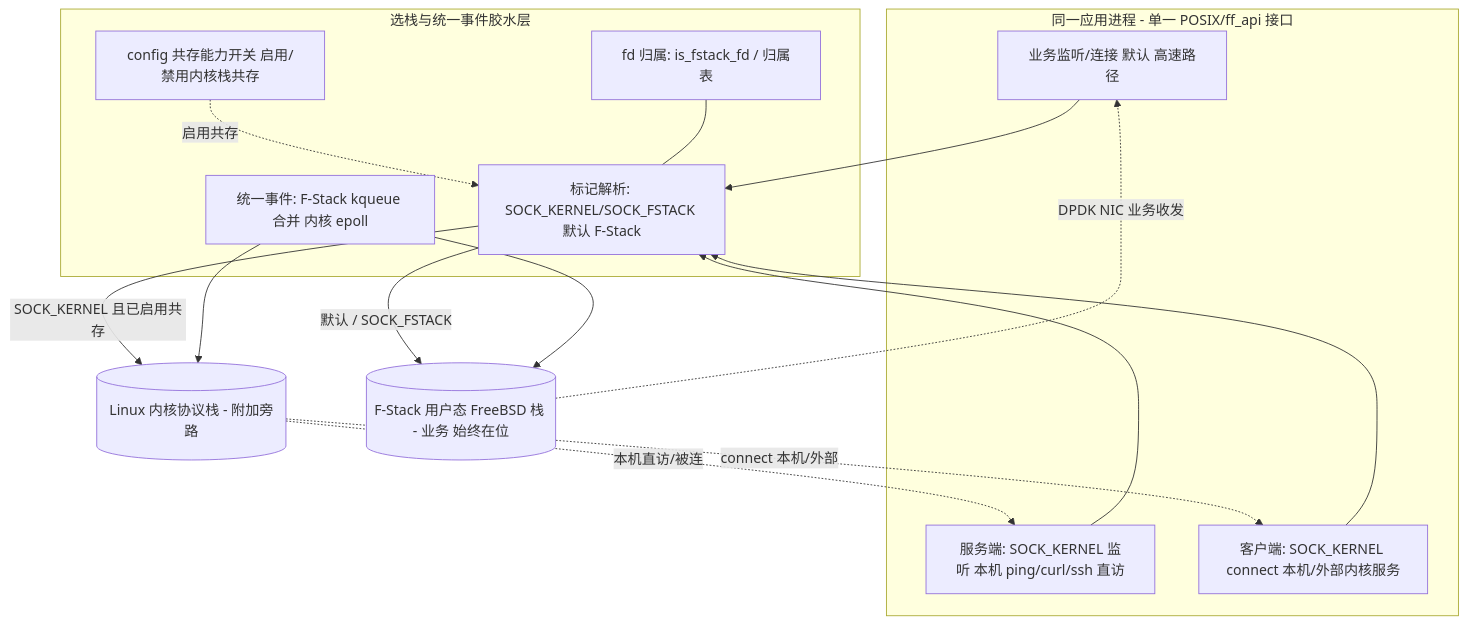
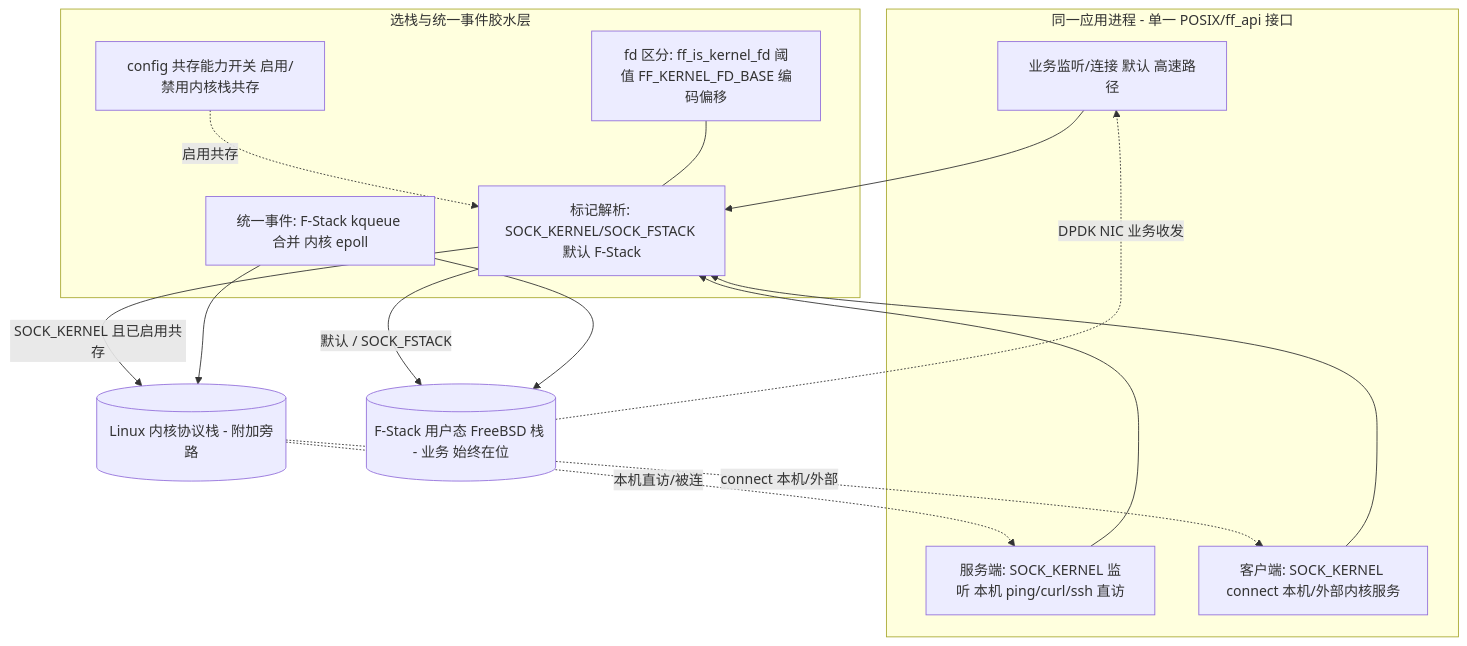
Before and after one commit to F-Stack/f-stack: the diagram in docs/kernel_event_support_spec/zh_cn/04-architecture-design.md, drawn with Mermaid. The commit also changed other lines of this file and 33 other files, not shown here.

````diff
--- a/docs/kernel_event_support_spec/zh_cn/04-architecture-design.md
+++ b/docs/kernel_event_support_spec/zh_cn/04-architecture-design.md
@@ -26,29 +47,29 @@
 ```mermaid
 graph TD
     subgraph APP[同一应用进程 - 单一 POSIX/ff_api 接口]
       A1[业务监听/连接 默认 高速路径]
       A2[服务端: SOCK_KERNEL 监听 本机 ping/curl/ssh 直访]
       A3[客户端: SOCK_KERNEL connect 本机/外部内核服务]
     end
     subgraph GLUE[选栈与统一事件胶水层]
       MK[标记解析: SOCK_KERNEL/SOCK_FSTACK 默认 F-Stack]
       SW[config 共存能力开关 启用/禁用内核栈共存]
-      OWN[fd 归属: is_fstack_fd / 归属表]
+      OWN[fd 区分: ff_is_kernel_fd 阈值 FF_KERNEL_FD_BASE 编码偏移]
       EV[统一事件: F-Stack kqueue 合并 内核 epoll]
     end
     F[(F-Stack 用户态 FreeBSD 栈 - 业务 始终在位)]
     K[(Linux 内核协议栈 - 附加旁路)]
 
     A1 --> MK
     A2 --> MK
     A3 --> MK
     SW -.启用共存.-> MK
     MK -->|默认 / SOCK_FSTACK| F
     MK -->|SOCK_KERNEL 且已启用共存| K
     OWN --- MK
     EV --> F
     EV --> K
     K -.本机直访/被连.-> A2
     K -.connect 本机/外部.-> A3
     F -.DPDK NIC 业务收发.-> A1
 ```
````
